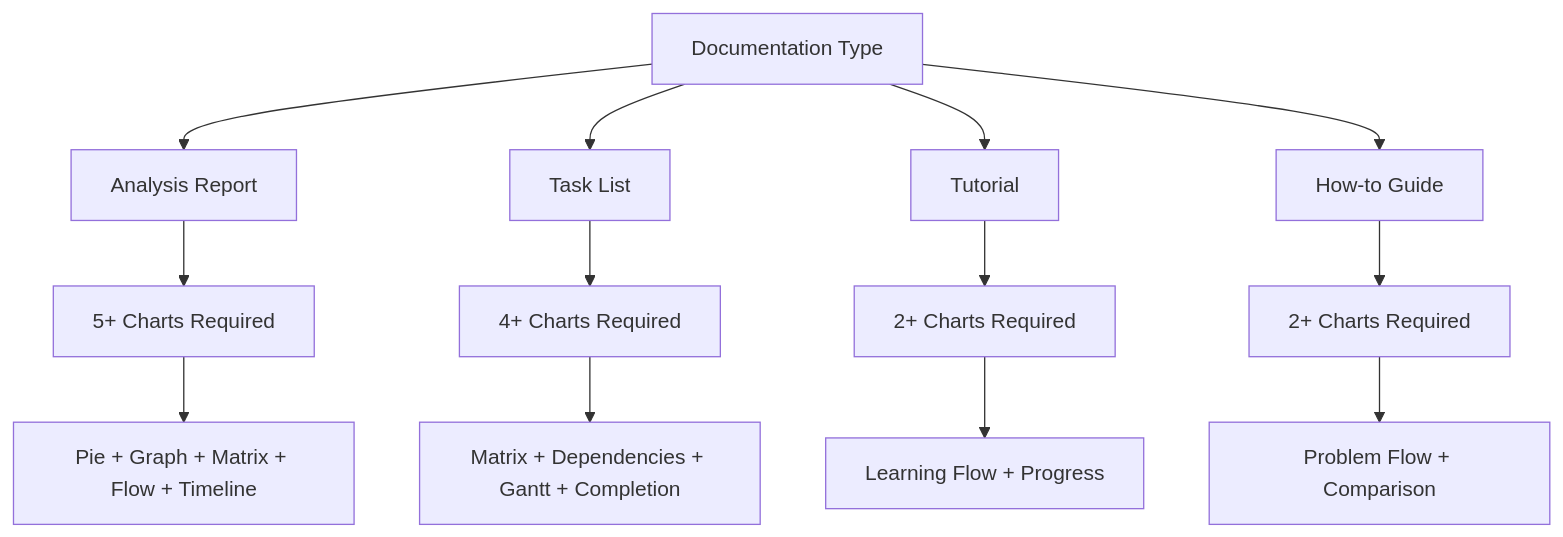
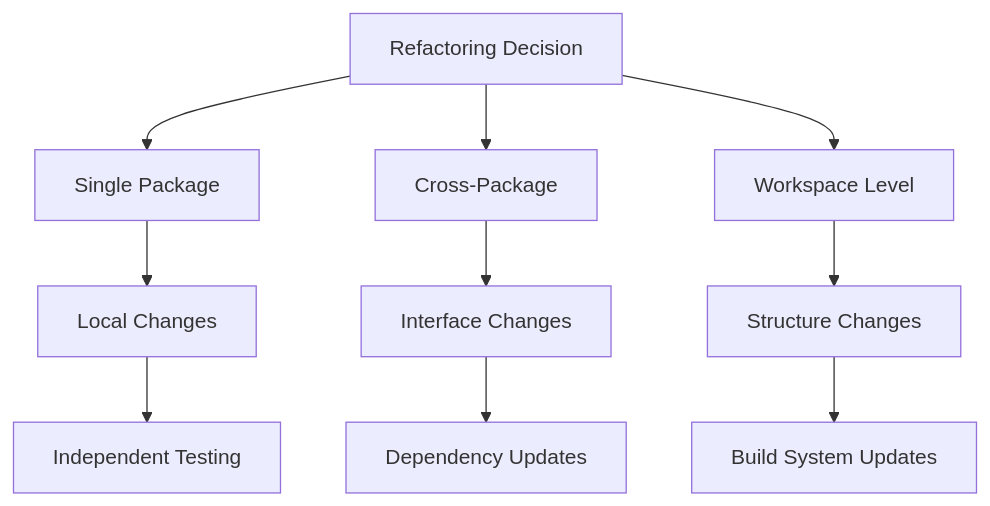
Before and after one commit to positivemultiplier/posmul: the seventh of 13 diagrams in docs/user.md, drawn with Mermaid. The commit also changed other lines of this file and 4 other files, not shown here.

````diff
--- a/docs/user.md
+++ b/docs/user.md
@@ -246,17 +268,14 @@
 ```mermaid
 graph TD
-    A[Documentation Type] --> B[Analysis Report]
-    A --> C[Task List]
-    A --> D[Tutorial]
-    A --> E[How-to Guide]
-
-    B --> F[5+ Charts Required]
-    C --> G[4+ Charts Required]
-    D --> H[2+ Charts Required]
-    E --> I[2+ Charts Required]
-
-    F --> J[Pie + Graph + Matrix + Flow + Timeline]
-    G --> K[Matrix + Dependencies + Gantt + Completion]
-    H --> L[Learning Flow + Progress]
-    I --> M[Problem Flow + Comparison]
+    A["Refactoring Decision"] --> B["Single Package"]
+    A --> C["Cross-Package"]
+    A --> D["Workspace Level"]
+    
+    B --> E["Local Changes"]
+    C --> F["Interface Changes"]
+    D --> G["Structure Changes"]
+    
+    E --> H["Independent Testing"]
+    F --> I["Dependency Updates"]
+    G --> J["Build System Updates"]
 ```
````
